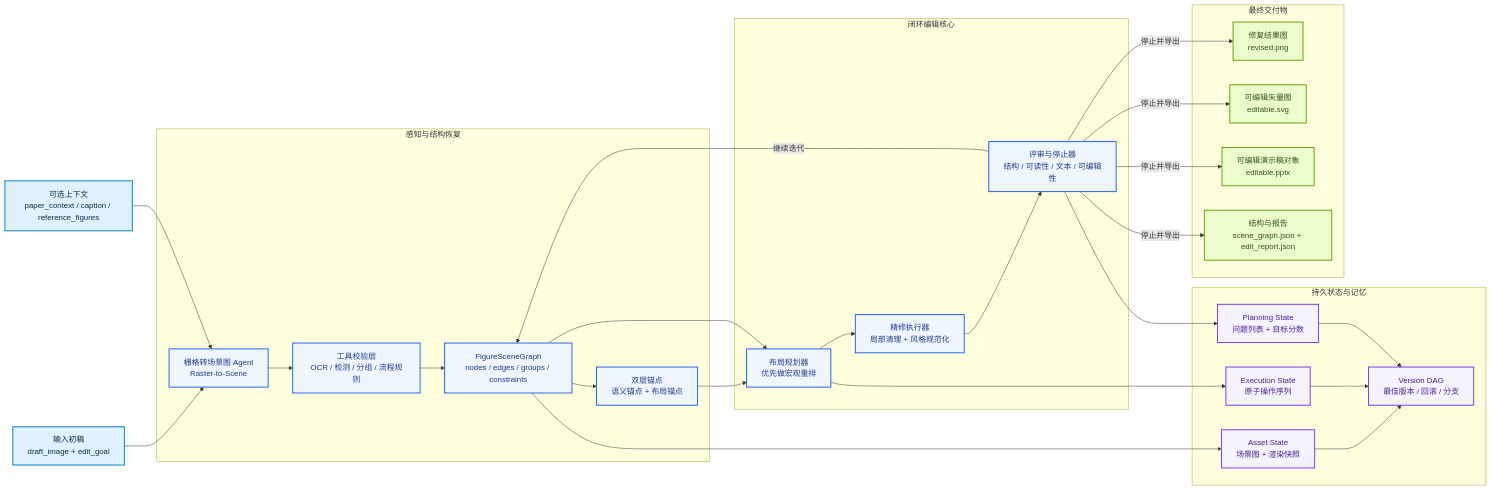
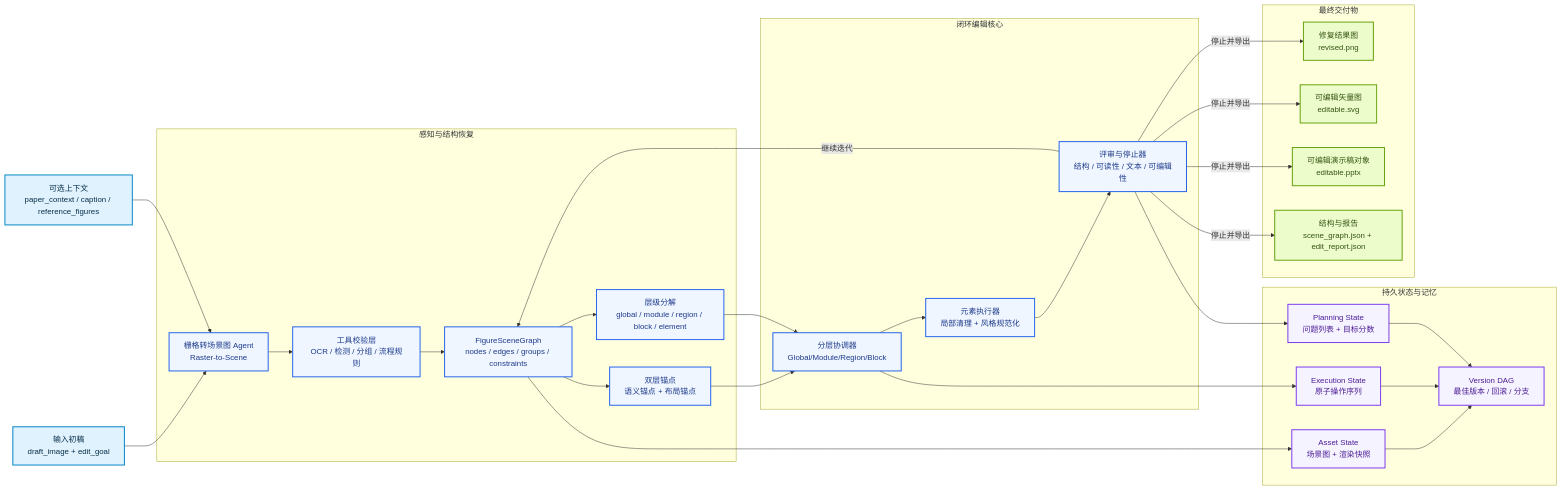
Before and after one commit to zane-gao/anchor-figure-agent: the first of 2 diagrams in README.md, drawn with Mermaid. The commit also changed other lines of this file and 10 other files, not shown here.

````diff
--- a/README.md
+++ b/README.md
@@ -27,65 +32,67 @@
 ```mermaid
 flowchart LR
     accTitle: Figure Agent 总体架构
     accDescr: 一个面向科研图后编辑的系统架构图，展示如何从粗糙栅格初稿恢复场景图，经过闭环编辑后导出为可编辑结果。
 
     draft["输入初稿<br/>draft_image + edit_goal"]
     context["可选上下文<br/>paper_context / caption / reference_figures"]
 
     subgraph perception["感知与结构恢复"]
         raster["栅格转场景图 Agent<br/>Raster-to-Scene"]
         verify["工具校验层<br/>OCR / 检测 / 分组 / 流程规则"]
         scene["FigureSceneGraph<br/>nodes / edges / groups / constraints"]
         anchors["双层锚点<br/>语义锚点 + 布局锚点"]
+        hierarchy["层级分解<br/>global / module / region / block / element"]
     end
 
     subgraph loop["闭环编辑核心"]
-        planner["布局规划器<br/>优先做宏观重排"]
-        retouch["精修执行器<br/>局部清理 + 风格规范化"]
+        planner["分层协调器<br/>Global/Module/Region/Block"]
+        retouch["元素执行器<br/>局部清理 + 风格规范化"]
         critic["评审与停止器<br/>结构 / 可读性 / 文本 / 可编辑性"]
     end
 
     subgraph memory["持久状态与记忆"]
         asset["Asset State<br/>场景图 + 渲染快照"]
         execution["Execution State<br/>原子操作序列"]
         planning["Planning State<br/>问题列表 + 目标分数"]
         dag["Version DAG<br/>最佳版本 / 回滚 / 分支"]
     end
 
     subgraph outputs["最终交付物"]
         png["修复结果图<br/>revised.png"]
         svg["可编辑矢量图<br/>editable.svg"]
         pptx["可编辑演示稿对象<br/>editable.pptx"]
         json["结构与报告<br/>scene_graph.json + edit_report.json"]
     end
 
     draft --> raster
     context --> raster
     raster --> verify --> scene
     scene --> anchors
+    scene --> hierarchy
     anchors --> planner
-    scene --> planner
+    hierarchy --> planner
     planner --> retouch --> critic
     critic -->|继续迭代| scene
     critic -->|停止并导出| png
     critic -->|停止并导出| svg
     critic -->|停止并导出| pptx
     critic -->|停止并导出| json
 
     scene --> asset
     planner --> execution
     critic --> planning
     asset --> dag
     execution --> dag
     planning --> dag
 
     classDef input fill:#e0f2fe,stroke:#0284c7,stroke-width:2px,color:#082f49
     classDef core fill:#eff6ff,stroke:#2563eb,stroke-width:2px,color:#1e3a8a
     classDef memory fill:#f5f3ff,stroke:#7c3aed,stroke-width:2px,color:#4c1d95
     classDef output fill:#ecfccb,stroke:#65a30d,stroke-width:2px,color:#365314
 
     class draft,context input
-    class raster,verify,scene,anchors,planner,retouch,critic core
+    class raster,verify,scene,anchors,hierarchy,planner,retouch,critic core
     class asset,execution,planning,dag memory
     class png,svg,pptx,json output
 ```
````
